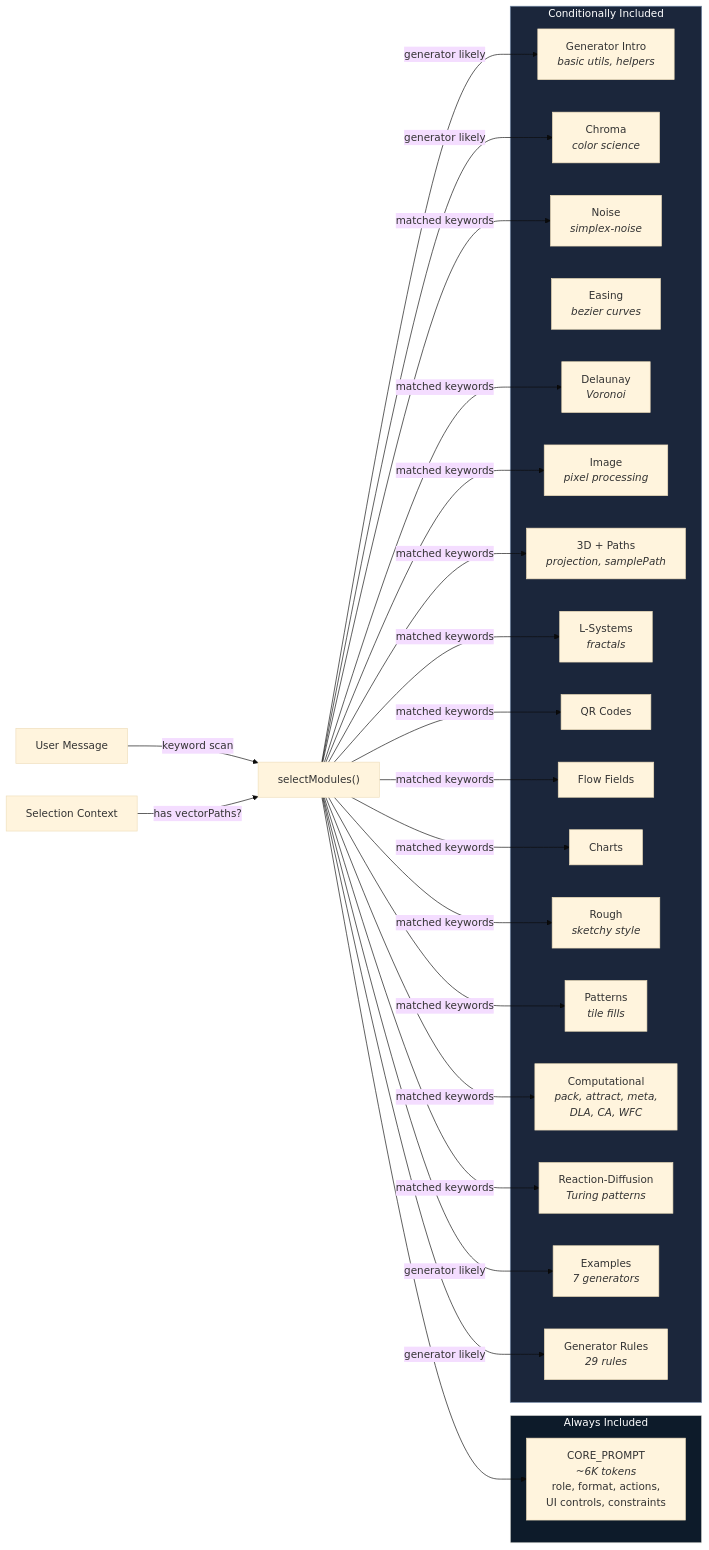
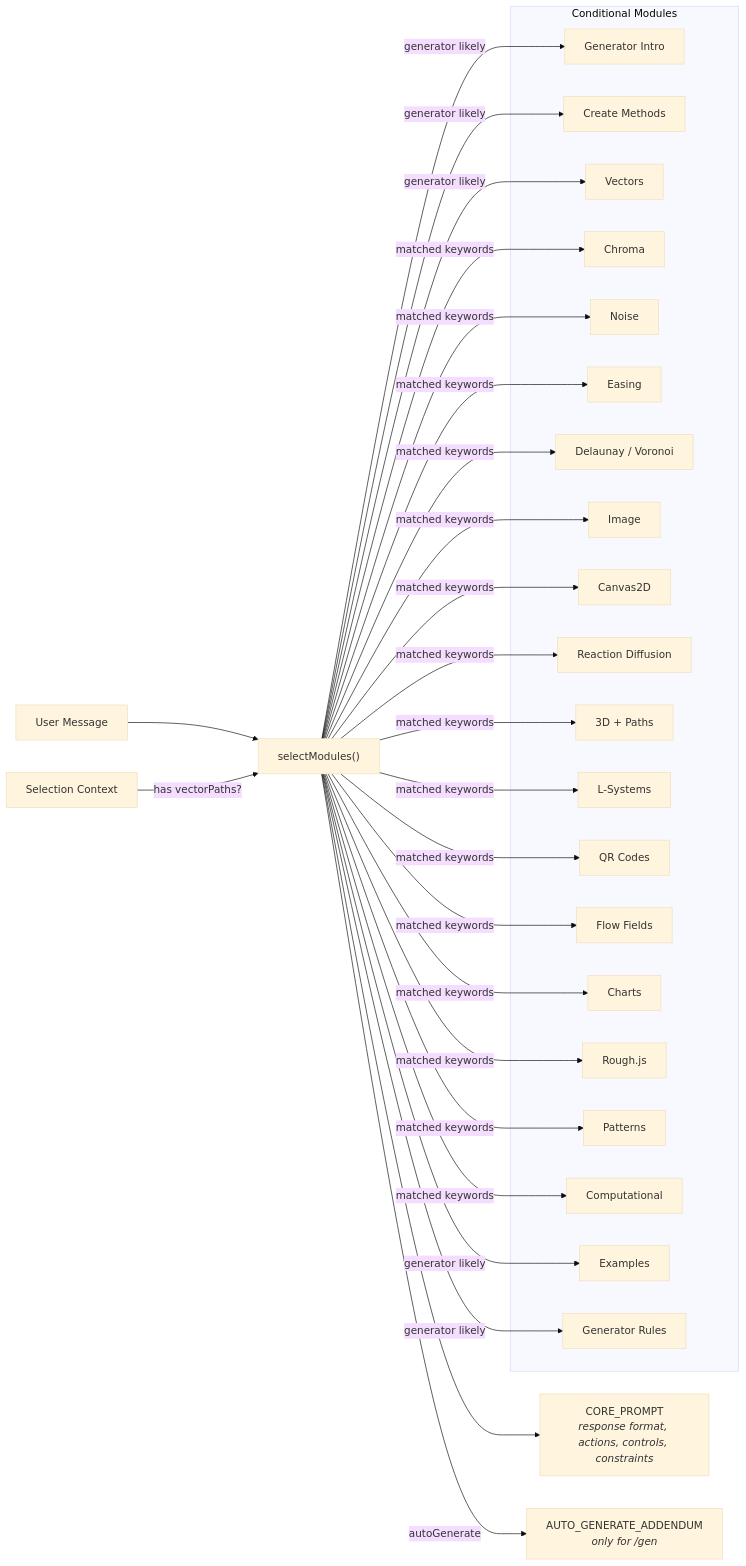
One commit to jjcall/Switches changed the third of 6 diagrams in ARCHITECTURE.md. Above: the diagram before and after it, drawn with Mermaid (base theme). The commit also changed other lines of this file and 1 other file, not shown here.

````diff
--- a/ARCHITECTURE.md
+++ b/ARCHITECTURE.md
@@ -101,50 +111,53 @@
 ```mermaid
 graph LR
-    subgraph always["Always Included"]
-        CP["CORE_PROMPT<br/><i>~6K tokens</i><br/>role, format, actions,<br/>UI controls, constraints"]
-    end
+    CP["CORE_PROMPT<br/><i>response format, actions, controls, constraints</i>"]
+    AG["AUTO_GENERATE_ADDENDUM<br/><i>only for /gen</i>"]
 
-    subgraph conditional["Conditionally Included"]
-        GI["Generator Intro<br/><i>basic utils, helpers</i>"]
-        CH["Chroma<br/><i>color science</i>"]
-        NO["Noise<br/><i>simplex-noise</i>"]
-        EA["Easing<br/><i>bezier curves</i>"]
-        DL["Delaunay<br/><i>Voronoi</i>"]
-        IM["Image<br/><i>pixel processing</i>"]
-        TD["3D + Paths<br/><i>projection, samplePath</i>"]
-        LS["L-Systems<br/><i>fractals</i>"]
+    subgraph conditional["Conditional Modules"]
+        GI["Generator Intro"]
+        CR["Create Methods"]
+        V["Vectors"]
+        CH["Chroma"]
+        NO["Noise"]
+        EA["Easing"]
+        DL["Delaunay / Voronoi"]
+        IM["Image"]
+        CV["Canvas2D"]
+        RD["Reaction Diffusion"]
+        TD["3D + Paths"]
+        LS["L-Systems"]
         QR["QR Codes"]
         FF["Flow Fields"]
         CT["Charts"]
-        RO["Rough<br/><i>sketchy style</i>"]
-        PA["Patterns<br/><i>tile fills</i>"]
-        CO["Computational<br/><i>pack, attract, meta,<br/>DLA, CA, WFC</i>"]
-        RD["Reaction-Diffusion<br/><i>Turing patterns</i>"]
-        EX["Examples<br/><i>7 generators</i>"]
-        GR["Generator Rules<br/><i>29 rules</i>"]
+        RO["Rough.js"]
+        PA["Patterns"]
+        CO["Computational"]
+        EX["Examples"]
+        GR["Generator Rules"]
     end
 
-    UM["User Message"] -->|keyword scan| SEL["selectModules()"]
+    UM["User Message"] --> SEL["selectModules()"]
     SC["Selection Context"] -->|has vectorPaths?| SEL
-
     SEL --> CP
+    SEL -->|autoGenerate| AG
     SEL -->|generator likely| GI
-    SEL -->|generator likely| CH
-    SEL -->|generator likely| EX
-    SEL -->|generator likely| GR
+    SEL -->|generator likely| CR
+    SEL -->|generator likely| V
+    SEL -->|matched keywords| CH
     SEL -->|matched keywords| NO
+    SEL -->|matched keywords| EA
     SEL -->|matched keywords| DL
     SEL -->|matched keywords| IM
+    SEL -->|matched keywords| CV
+    SEL -->|matched keywords| RD
     SEL -->|matched keywords| TD
     SEL -->|matched keywords| LS
     SEL -->|matched keywords| QR
     SEL -->|matched keywords| FF
     SEL -->|matched keywords| CT
     SEL -->|matched keywords| RO
     SEL -->|matched keywords| PA
     SEL -->|matched keywords| CO
-    SEL -->|matched keywords| RD
-
-    style always fill:#0d1b2a,stroke:#e0e1dd,color:#fff
-    style conditional fill:#1b263b,stroke:#778da9,color:#fff
+    SEL -->|generator likely| EX
+    SEL -->|generator likely| GR
 ```
````
